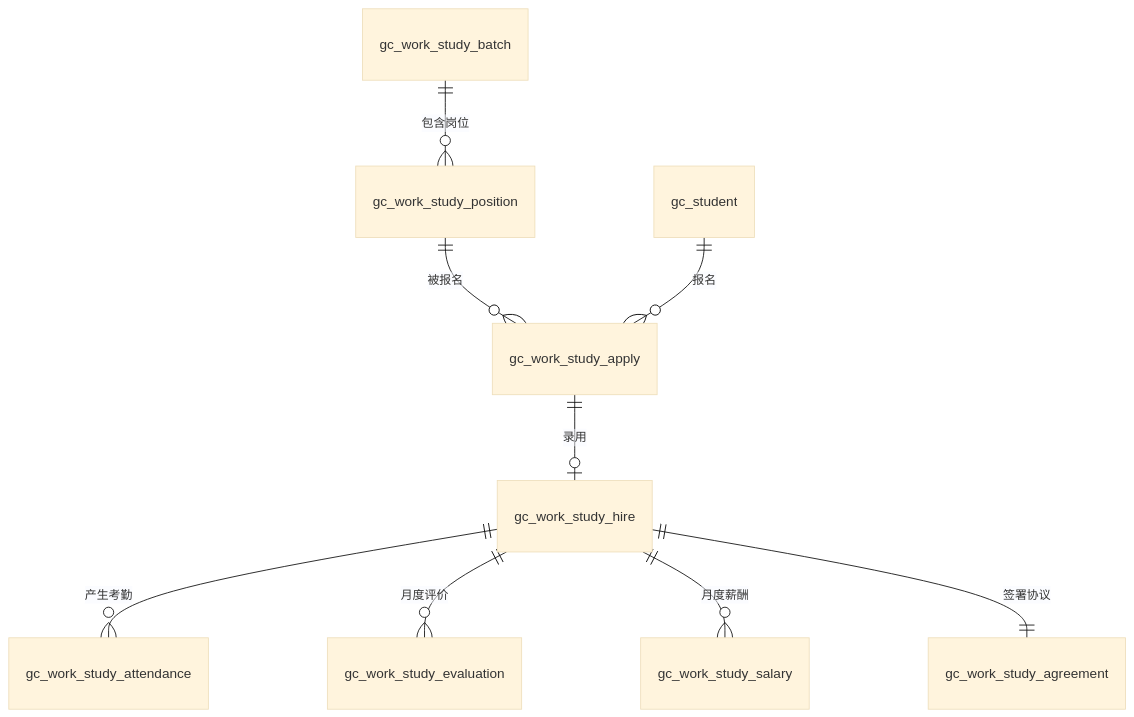
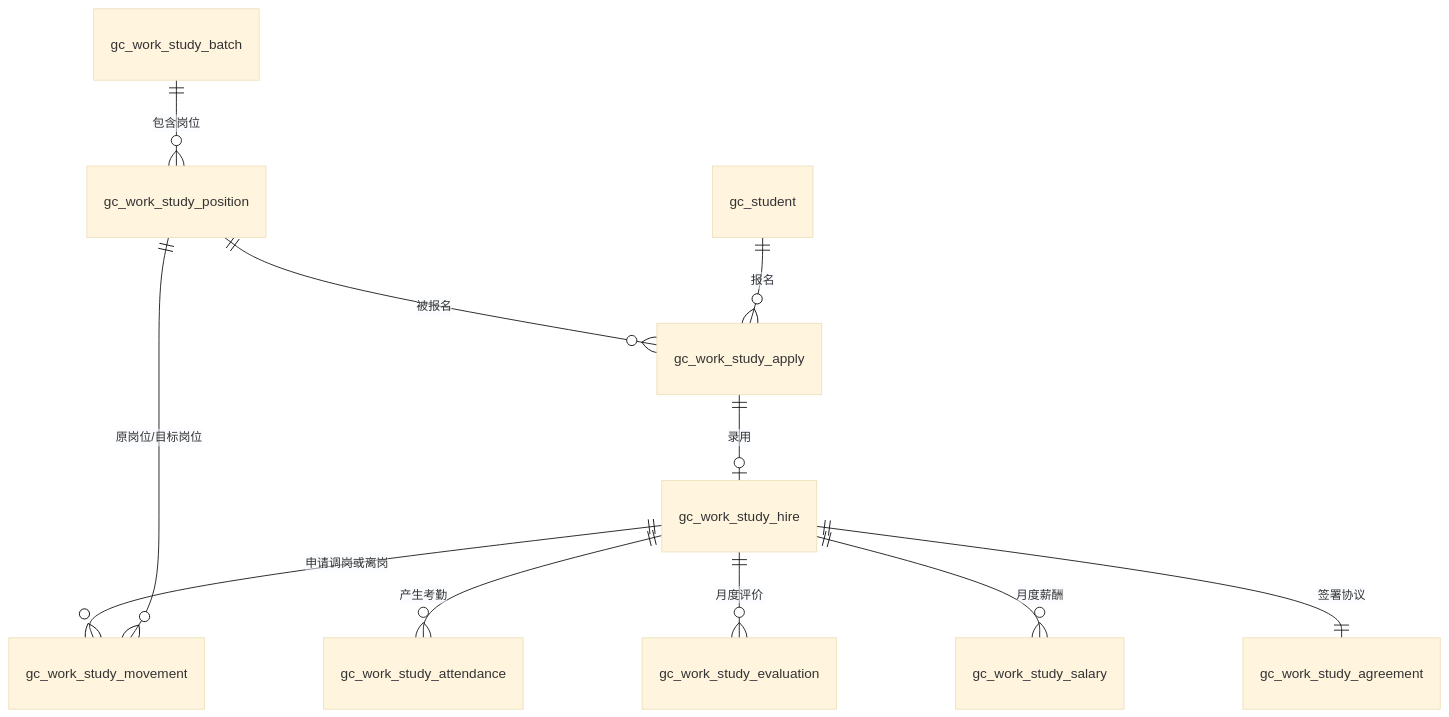
One commit to YuCPbit/green-channel-backend changed the fifth of 6 diagrams in docs/02-需求与设计/数据库设计说明.md. Above: the diagram before and after it, drawn with Mermaid (base theme). The commit also changed other lines of this file, not shown here.

````diff
--- a/docs/02-需求与设计/数据库设计说明.md
+++ b/docs/02-需求与设计/数据库设计说明.md
@@ -156,11 +158,13 @@
 ```mermaid
 erDiagram
     gc_work_study_batch ||--o{ gc_work_study_position : "包含岗位"
     gc_work_study_position ||--o{ gc_work_study_apply : "被报名"
     gc_student ||--o{ gc_work_study_apply : "报名"
     gc_work_study_apply ||--o| gc_work_study_hire : "录用"
+    gc_work_study_hire ||--o{ gc_work_study_movement : "申请调岗或离岗"
+    gc_work_study_position ||--o{ gc_work_study_movement : "原岗位/目标岗位"
     gc_work_study_hire ||--o{ gc_work_study_attendance : "产生考勤"
     gc_work_study_hire ||--o{ gc_work_study_evaluation : "月度评价"
     gc_work_study_hire ||--o{ gc_work_study_salary : "月度薪酬"
     gc_work_study_hire ||--|| gc_work_study_agreement : "签署协议"
 ```
````
